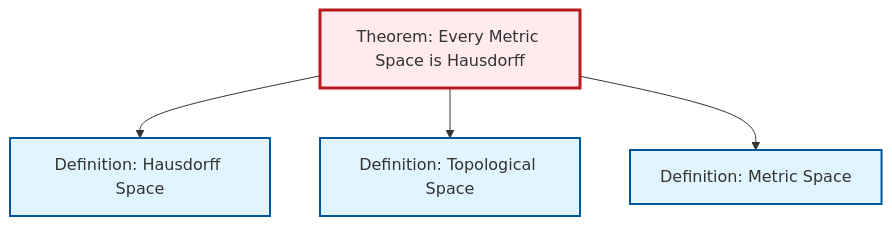
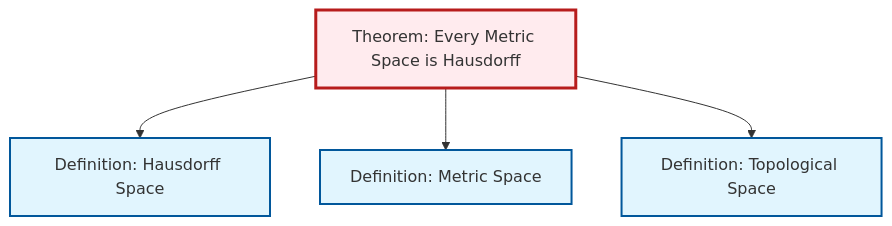
Before and after one commit to RK0429/ModernMath: the diagram in content/en/topology/thm-metric-hausdorff.qmd, drawn with Mermaid. The commit also changed other lines of this file and 360 other files, not shown here.

````diff
--- a/content/en/topology/thm-metric-hausdorff.qmd
+++ b/content/en/topology/thm-metric-hausdorff.qmd
@@ -62,20 +62,20 @@
 ```{mermaid}
 %%| fig-cap: "Local dependency graph"
 graph TD
     classDef definition fill:#e1f5fe,stroke:#01579b,stroke-width:2px
     classDef theorem fill:#f3e5f5,stroke:#4a148c,stroke-width:2px
     classDef axiom fill:#fff3e0,stroke:#e65100,stroke-width:2px
     classDef example fill:#e8f5e9,stroke:#1b5e20,stroke-width:2px
     classDef current fill:#ffebee,stroke:#b71c1c,stroke-width:3px
+    def-metric-space["Definition: Metric Space"]:::definition
+    thm-metric-hausdorff["Theorem: Every Metric Space is Hausdorff"]:::theorem
     def-hausdorff["Definition: Hausdorff Space"]:::definition
-    def-metric-space["Definition: Metric Space"]:::definition
     def-topological-space["Definition: Topological Space"]:::definition
-    thm-metric-hausdorff["Theorem: Every Metric Space is Hausdorff"]:::theorem
     thm-metric-hausdorff --> def-hausdorff
+    thm-metric-hausdorff --> def-metric-space
     thm-metric-hausdorff --> def-topological-space
-    thm-metric-hausdorff --> def-metric-space
     class thm-metric-hausdorff current
+    click def-metric-space "def-metric-space.html" "Go to Metric Space definition"
     click def-hausdorff "def-hausdorff.html" "Go to Hausdorff Space definition"
-    click def-metric-space "def-metric-space.html" "Go to Metric Space definition"
     click def-topological-space "def-topological-space.html" "Go to Topological Space definition"
 ```
````
